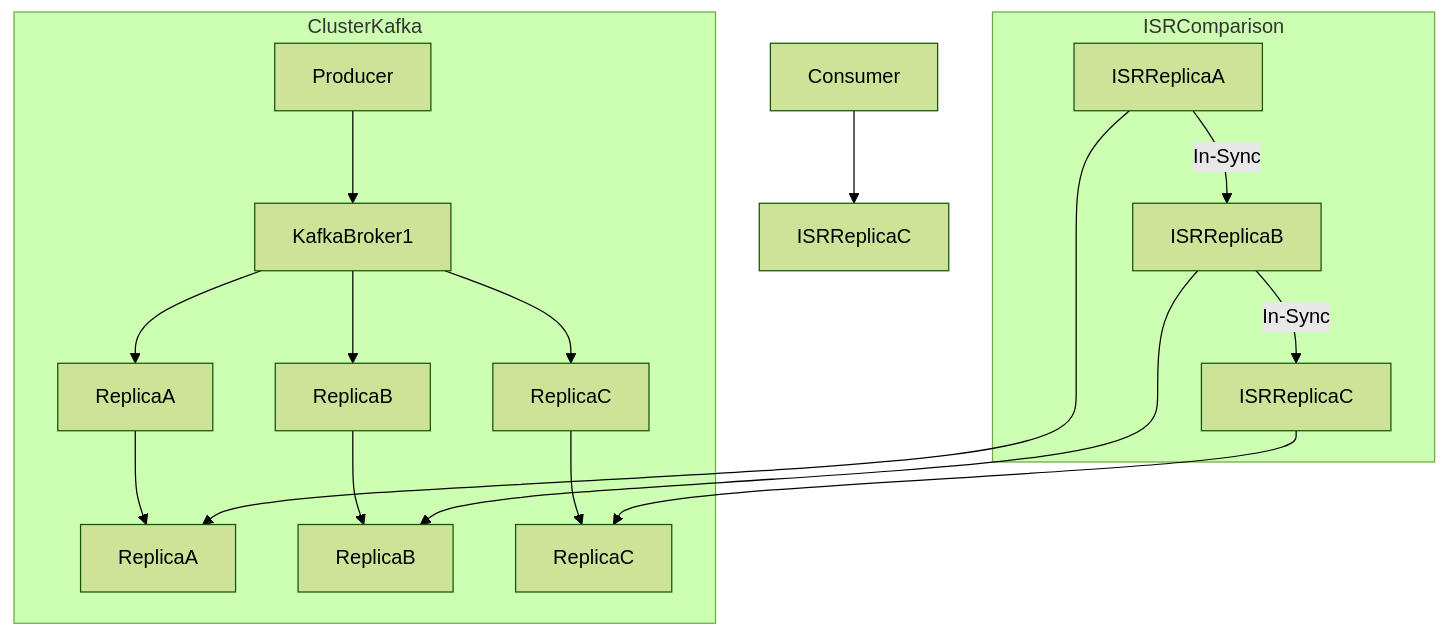
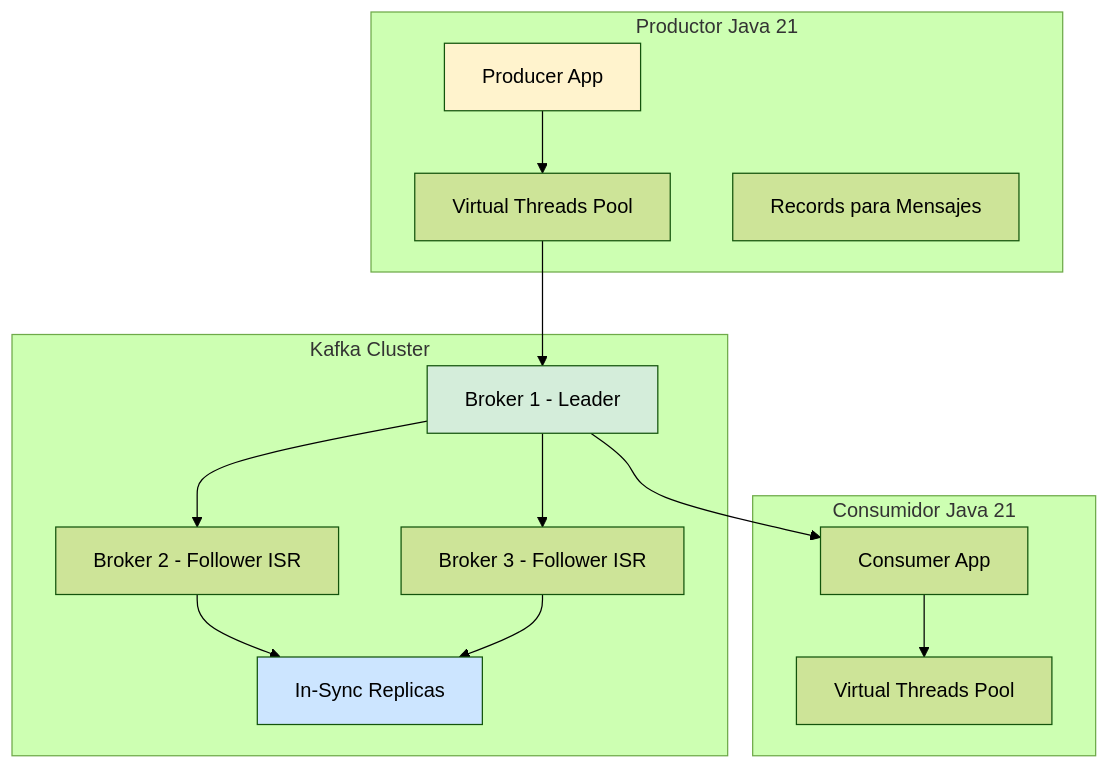
The first of 3 diagrams in _Review/kafka_internals_particiones_isr_y_replicacion/kafka_internals_particiones_isr_y_replicacion.md (Joaquinriosheredia/DAM-Java-Mastery), drawn with Mermaid (forest theme) before and after one commit. The commit also changed other lines of this file, not shown here.

Commit message:
kafka_internals_particiones_isr_y_replicacion.md

````diff
--- a/_Review/kafka_internals_particiones_isr_y_replicacion/kafka_internals_particiones_isr_y_replicacion.md
+++ b/_Review/kafka_internals_particiones_isr_y_replicacion/kafka_internals_particiones_isr_y_replicacion.md
@@ -50,20 +69,33 @@
 ```mermaid
 graph TD
-    subgraph ClusterKafka
-        A[Producer] --> B[KafkaBroker1]
-        B --> C[ReplicaA]
-        B --> D[ReplicaB]
-        B --> E[ReplicaC]
-        C --> F[ISRReplicaA]
-        D --> G[ISRReplicaB]
-        E --> H[ISRReplicaC]
+    subgraph "Productor Java 21"
+        PROD[Producer App]
+        VT[Virtual Threads Pool]
+        REC[Records para Mensajes]
     end
-    subgraph ISRComparison
-        ISRReplicaA -- "In-Sync" --> ISRReplicaB
-        ISRReplicaB -- "In-Sync" --> ISRReplicaC
-        ISRReplicaA --> F[ReplicaA]
-        ISRReplicaB --> G[ReplicaB]
-        ISRReplicaC --> H[ReplicaC]
+    
+    subgraph "Kafka Cluster"
+        BROKER1[Broker 1 - Leader]
+        BROKER2[Broker 2 - Follower ISR]
+        BROKER3[Broker 3 - Follower ISR]
+        ISR[In-Sync Replicas]
     end
-    I[Consumer] --> J[ISRReplicaC]
+    
+    subgraph "Consumidor Java 21"
+        CONS[Consumer App]
+        VT2[Virtual Threads Pool]
+    end
+    
+    PROD --> VT
+    VT --> BROKER1
+    BROKER1 --> BROKER2
+    BROKER1 --> BROKER3
+    BROKER2 --> ISR
+    BROKER3 --> ISR
+    BROKER1 --> CONS
+    CONS --> VT2
+    
+    style BROKER1 fill:#d4edda
+    style ISR fill:#cce5ff
+    style PROD fill:#fff3cd
 ```
````
